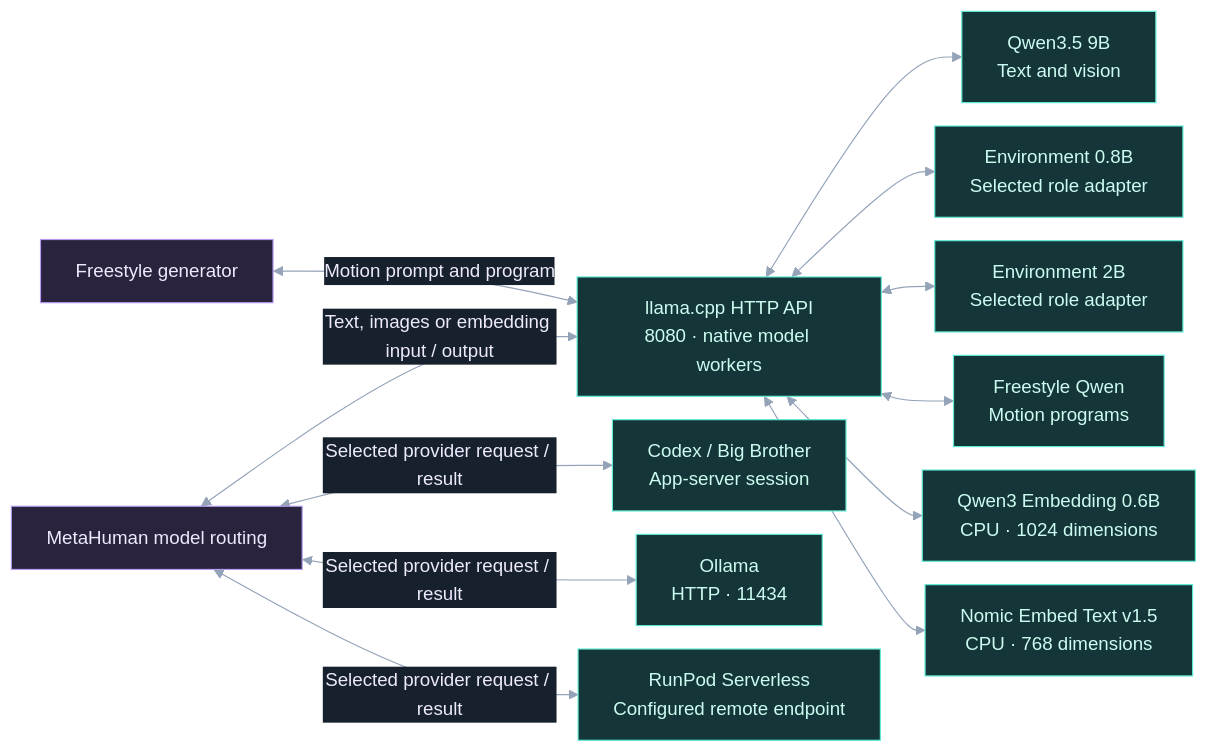
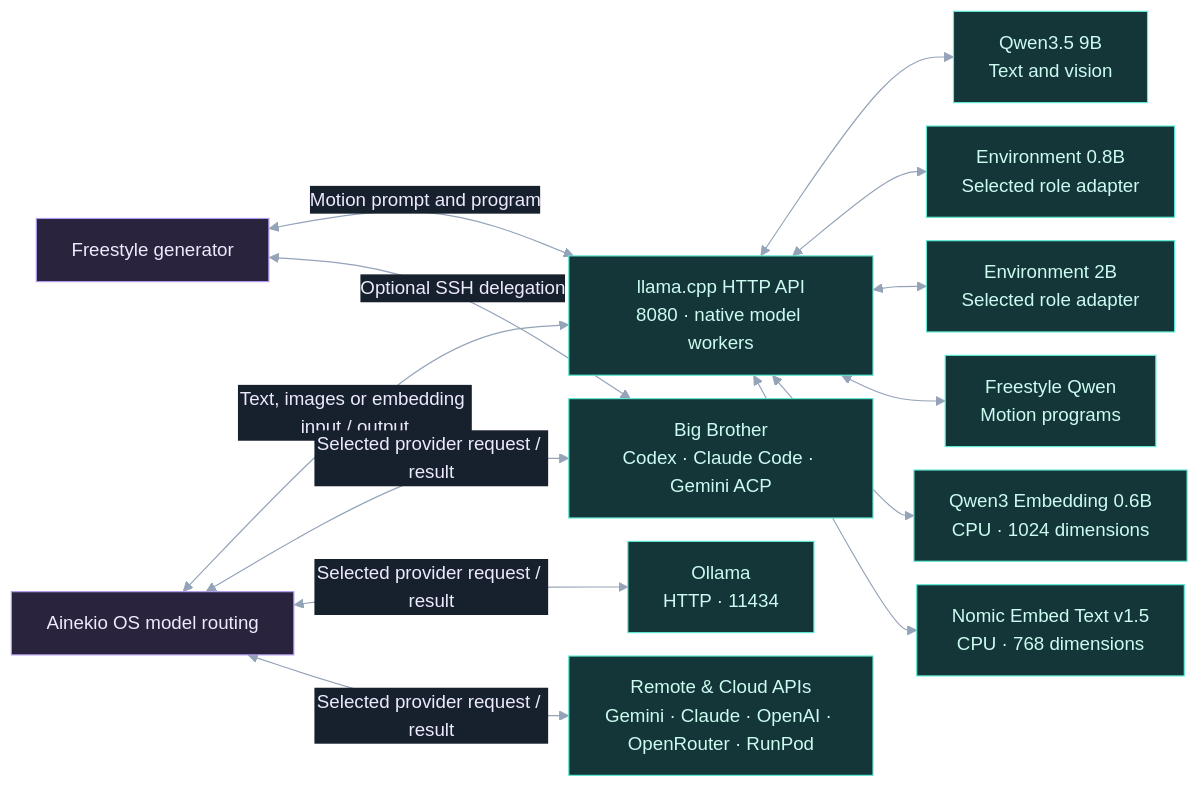
The eighth of 9 diagrams in docs/robot/SYSTEM_ARCHITECTURE.md (Greg-Aster/ainekio-os), drawn with Mermaid before and after one commit. The commit also changed other lines of this file and 8 other files, not shown here.

Commit message:
docs(robot): reconcile architecture, capabilities, and maintained surface

````diff
--- a/docs/robot/SYSTEM_ARCHITECTURE.md
+++ b/docs/robot/SYSTEM_ARCHITECTURE.md
@@ -284,28 +286,29 @@
 ```mermaid
 %%{init: {"theme":"base","themeVariables":{"darkMode":true,"background":"#0f172a","primaryColor":"#29233e","primaryTextColor":"#ede9fe","primaryBorderColor":"#b39aef","lineColor":"#94a3b8","edgeLabelBackground":"#17202d","clusterBkg":"#151e2c","clusterBorder":"#526176","titleColor":"#e2e8f0","fontSize":"16px"},"flowchart":{"nodeSpacing":20,"rankSpacing":35,"useMaxWidth":true}}}%%
 flowchart LR
-  ROUTER["MetaHuman model routing"]:::software
+  ROUTER["Ainekio OS model routing"]:::software
   MOTION["Freestyle generator"]:::software
   LLAMA["llama.cpp HTTP API<br/>8080 · native model workers"]:::service
   Q9["Qwen3.5 9B<br/>Text and vision"]:::service
   ENV08["Environment 0.8B<br/>Selected role adapter"]:::service
   ENV2["Environment 2B<br/>Selected role adapter"]:::service
   FQ["Freestyle Qwen<br/>Motion programs"]:::service
   EQ["Qwen3 Embedding 0.6B<br/>CPU · 1024 dimensions"]:::service
   EN["Nomic Embed Text v1.5<br/>CPU · 768 dimensions"]:::service
-  CODEX["Codex / Big Brother<br/>App-server session"]:::service
+  BB["Big Brother<br/>Codex · Claude Code · Gemini ACP"]:::service
   OLLAMA["Ollama<br/>HTTP · 11434"]:::service
-  RUNPOD["RunPod Serverless<br/>Configured remote endpoint"]:::service
+  REMOTE["Remote & Cloud APIs<br/>Gemini · Claude · OpenAI · OpenRouter · RunPod"]:::service
   ROUTER <-->|"Text, images or embedding input / output"| LLAMA
   MOTION <-->|"Motion prompt and program"| LLAMA
+  MOTION <-->|"Optional SSH delegation"| BB
   LLAMA <--> Q9 & ENV08 & ENV2 & FQ & EQ & EN
-  ROUTER <-->|"Selected provider request / result"| CODEX
+  ROUTER <-->|"Selected provider request / result"| BB
   ROUTER <-->|"Selected provider request / result"| OLLAMA
-  ROUTER <-->|"Selected provider request / result"| RUNPOD
+  ROUTER <-->|"Selected provider request / result"| REMOTE
   classDef human fill:#263344,stroke:#cbd5e1,color:#f1f5f9
   classDef ui fill:#172d47,stroke:#60a5fa,color:#dbeafe
   classDef software fill:#29233e,stroke:#b39aef,color:#ede9fe
   classDef service fill:#153638,stroke:#5eead4,color:#ccfbf1
   classDef hardware fill:#382d1b,stroke:#fbbf24,color:#fef3c7
   classDef data fill:#263126,stroke:#86c995,color:#dcfce7
 ```
````
